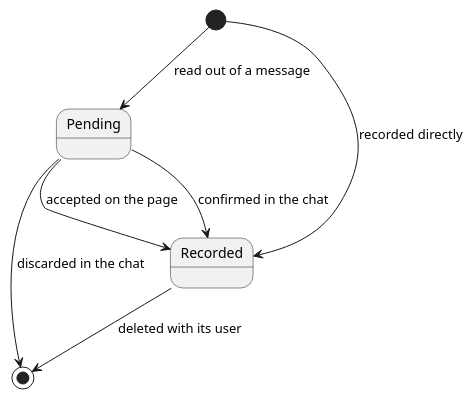
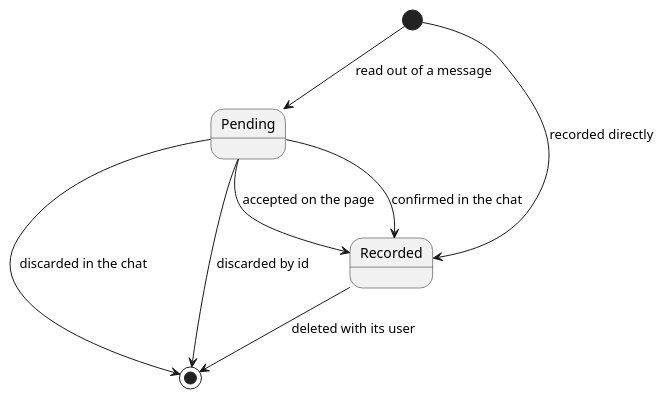
Before and after one commit to ds-usova/finance-bot: the diagram in ledger-service/docs/domain/expense.md, drawn with PlantUML. The commit also changed other lines of this file and 9 other files, not shown here.

````diff
--- a/ledger-service/docs/domain/expense.md
+++ b/ledger-service/docs/domain/expense.md
@@ -35,10 +36,11 @@
 ```plantuml
 @startuml
 [*] --> Pending : read out of a message
 [*] --> Recorded : recorded directly
 Pending --> Recorded : confirmed in the chat
 Pending --> Recorded : accepted on the page
 Pending --> [*] : discarded in the chat
+Pending --> [*] : discarded by id
 Recorded --> [*] : deleted with its user
 @enduml
 ```
````
